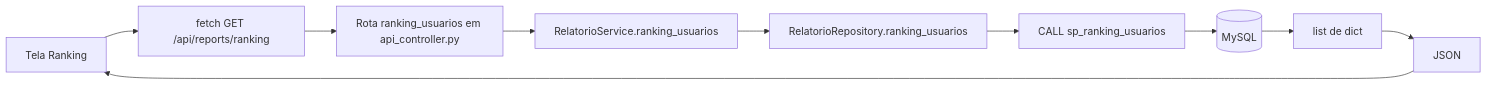
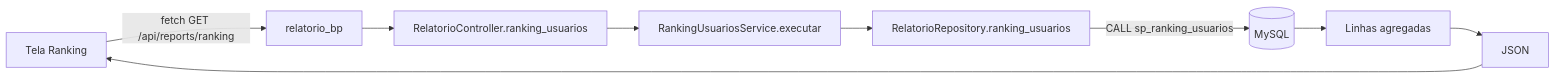
One commit to Diethyllether/TrailUp changed the diagram in docs/fluxogramas/ranking.md. Above: the diagram before and after it, drawn with Mermaid. The commit also changed other lines of this file and 12 other files, not shown here.

````diff
--- a/docs/fluxogramas/ranking.md
+++ b/docs/fluxogramas/ranking.md
@@ -3,12 +3,11 @@
 ```mermaid
 flowchart LR
-  A[Tela Ranking] --> B[fetch GET /api/reports/ranking]
-  B --> C[Rota ranking_usuarios em api_controller.py]
-  C --> D[RelatorioService.ranking_usuarios]
+  A[Tela Ranking] -->|fetch GET /api/reports/ranking| B[relatorio_bp]
+  B --> C[RelatorioController.ranking_usuarios]
+  C --> D[RankingUsuariosService.executar]
   D --> E[RelatorioRepository.ranking_usuarios]
-  E --> F[CALL sp_ranking_usuarios]
-  F --> G[(MySQL)]
-  G --> H[list de dict]
-  H --> I[JSON]
-  I --> A
+  E -->|CALL sp_ranking_usuarios| F[(MySQL)]
+  F --> G[Linhas agregadas]
+  G --> H[JSON]
+  H --> A
 ```
````
